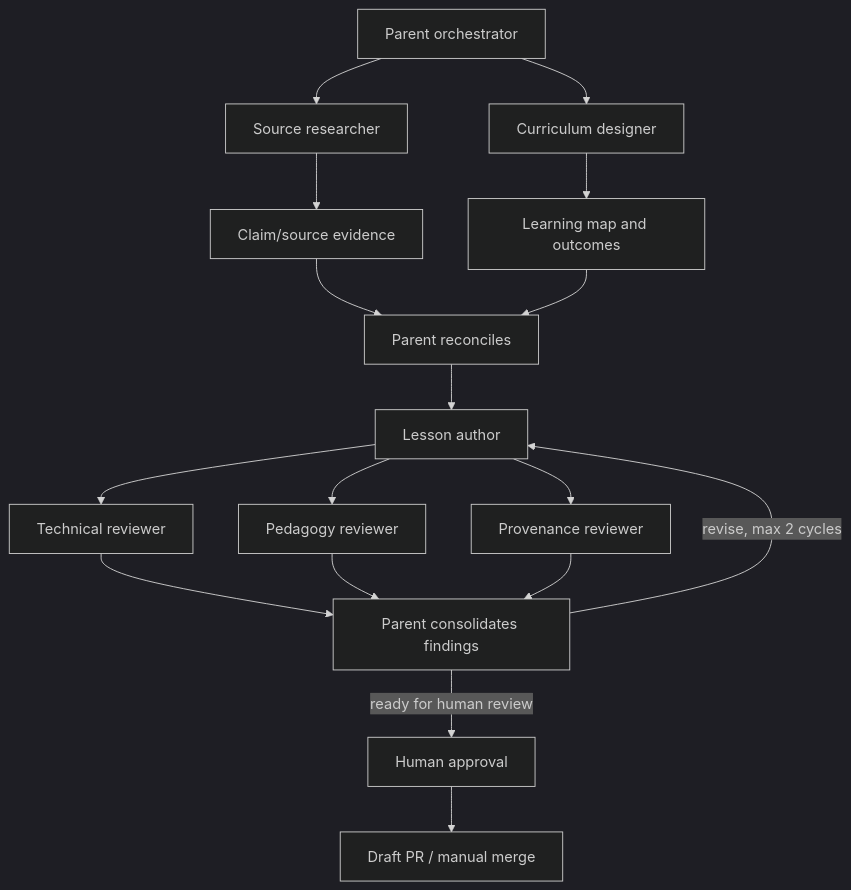
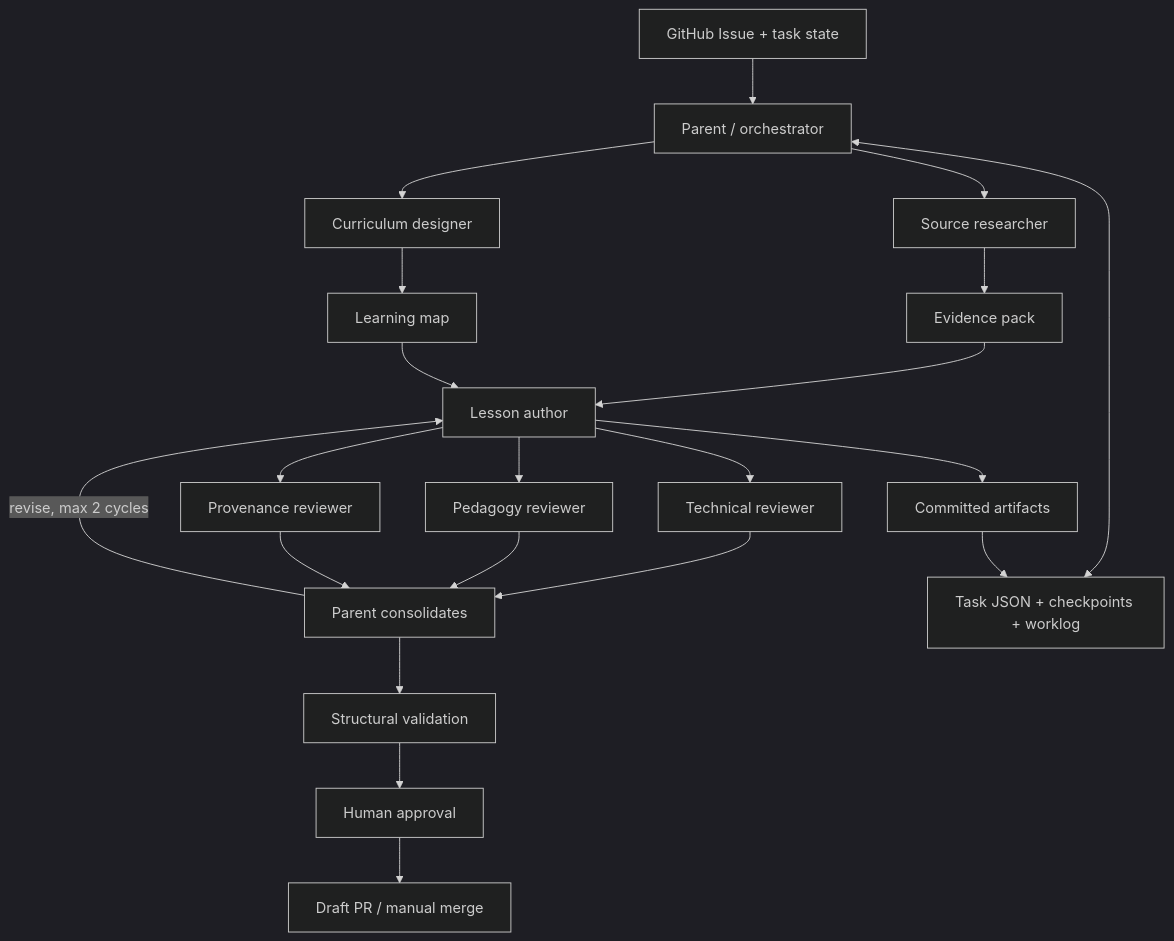
One commit to czyboi/system-design-academy changed the diagram in docs/agent-architecture.md. Above: the diagram before and after it, drawn with Mermaid (dark theme). The commit also changed other lines of this file, not shown here.

````diff
--- a/docs/agent-architecture.md
+++ b/docs/agent-architecture.md
@@ -25,19 +26,23 @@
 ```mermaid
 flowchart TD
-    P[Parent orchestrator] --> S[Source researcher]
+    I[GitHub Issue + task state] --> P[Parent / orchestrator]
+    P --> S[Source researcher]
     P --> C[Curriculum designer]
-    S --> G[Claim/source evidence]
-    C --> M[Learning map and outcomes]
-    G --> R[Parent reconciles]
-    M --> R
-    R --> A[Lesson author]
+    S --> E[Evidence pack]
+    C --> M[Learning map]
+    E --> A[Lesson author]
+    M --> A
     A --> T[Technical reviewer]
     A --> D[Pedagogy reviewer]
     A --> L[Provenance reviewer]
-    T --> J[Parent consolidates findings]
-    D --> J
-    L --> J
-    J -->|revise, max 2 cycles| A
-    J -->|ready for human review| H[Human approval]
+    T --> R[Parent consolidates]
+    D --> R
+    L --> R
+    R -->|revise, max 2 cycles| A
+    R --> V[Structural validation]
+    V --> H[Human approval]
     H --> PR[Draft PR / manual merge]
+    P <--> ST[Task JSON + checkpoints + worklog]
+    A --> G[Committed artifacts]
+    G --> ST
 ```
````
